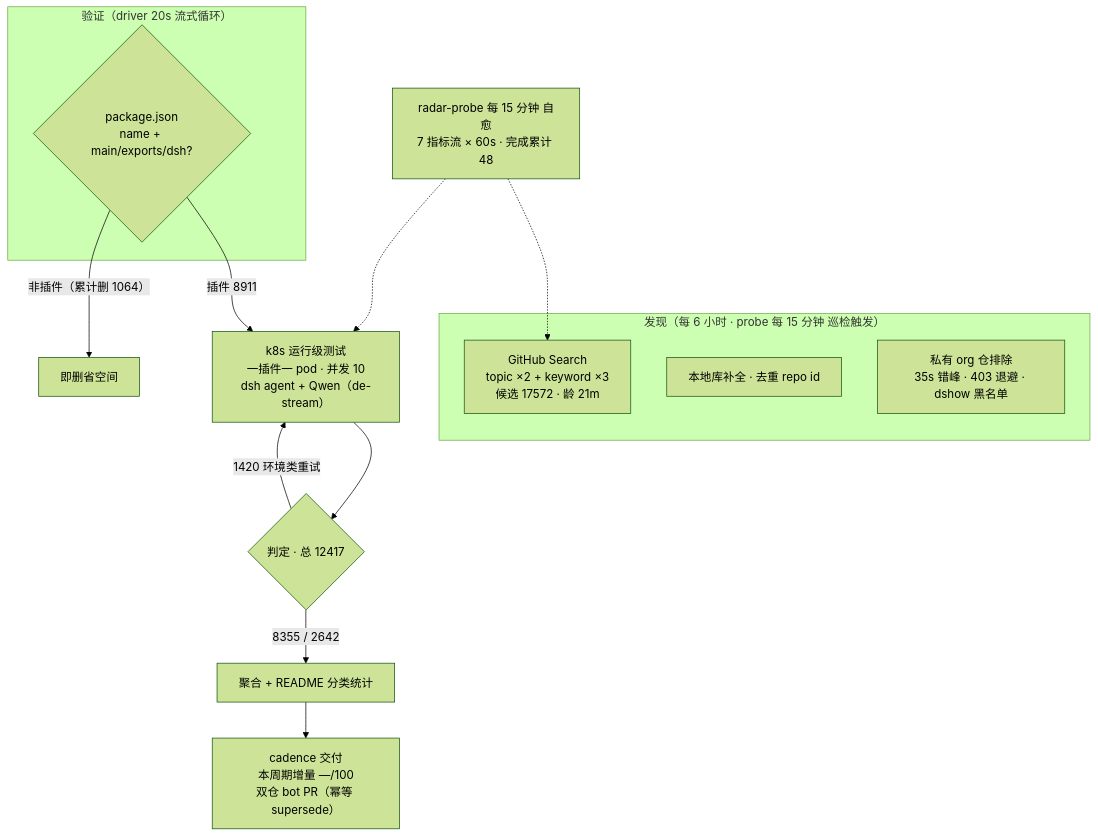
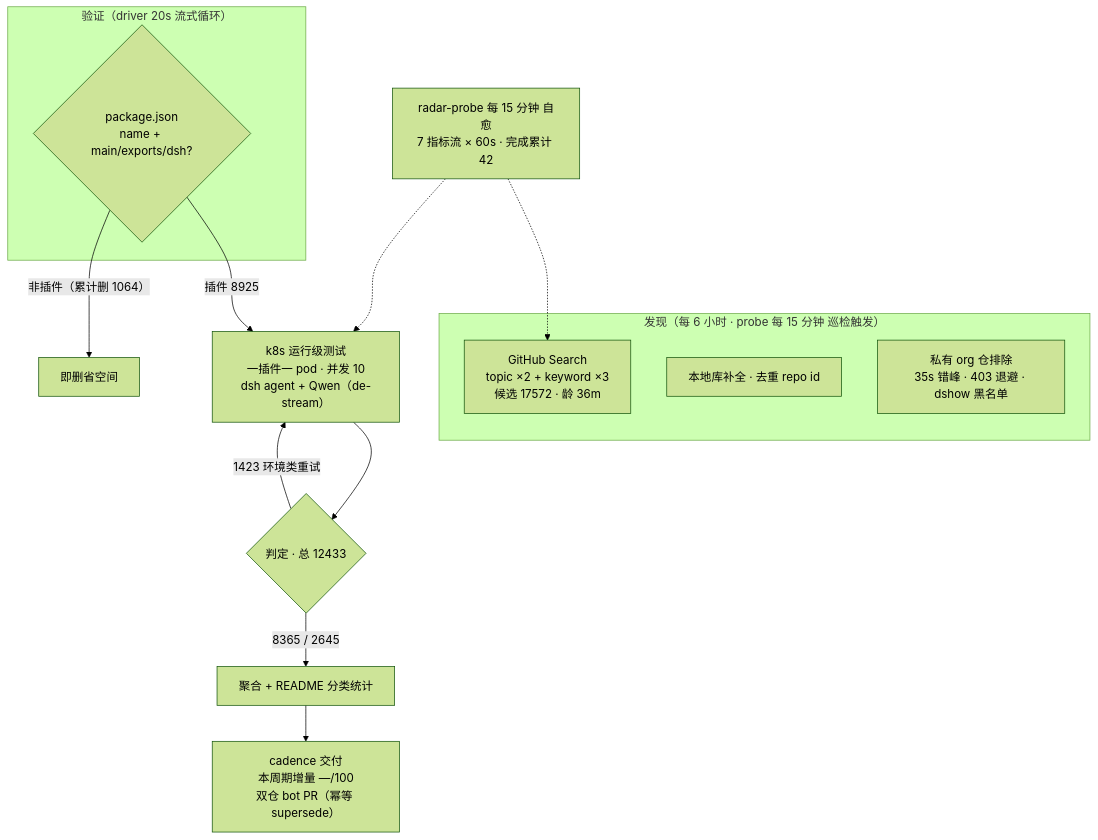
The diagram in README.md (Zhidao-Lab-OSS/awesome-dsh-plugins), drawn with Mermaid (forest theme) before and after one commit. The commit also changed other lines of this file and 1 other file, not shown here.

````diff
--- a/README.md
+++ b/README.md
@@ -52,20 +52,20 @@
 ```mermaid
 flowchart TB
     subgraph Discovery["发现（每 6 小时 · probe 每 15 分钟 巡检触发）"]
-        A1["GitHub Search<br/>topic ×2 + keyword ×3<br/>候选 17572 · 龄 21m"]
+        A1["GitHub Search<br/>topic ×2 + keyword ×3<br/>候选 17572 · 龄 36m"]
         A2["本地库补全 · 去重 repo id"]
         A3["私有 org 仓排除<br/>35s 错峰 · 403 退避 · dshow 黑名单"]
     end
     subgraph Validation["验证（driver 20s 流式循环）"]
         B1{"package.json<br/>name + main/exports/dsh?"}
     end
-    B1 -->|"插件 8911"| C1["k8s 运行级测试<br/>一插件一 pod · 并发 10<br/>dsh agent + Qwen（de-stream）"]
+    B1 -->|"插件 8925"| C1["k8s 运行级测试<br/>一插件一 pod · 并发 10<br/>dsh agent + Qwen（de-stream）"]
     B1 -->|"非插件（累计删 1064）"| B3["即删省空间"]
-    C1 --> D1{"判定 · 总 12417"}
-    D1 -->|"8355 / 2642"| E1["聚合 + README 分类统计"]
-    D1 -->|"1420 环境类重试"| C1
+    C1 --> D1{"判定 · 总 12433"}
+    D1 -->|"8365 / 2645"| E1["聚合 + README 分类统计"]
+    D1 -->|"1423 环境类重试"| C1
     E1 --> E2["cadence 交付<br/>本周期增量 —/100<br/>双仓 bot PR（幂等 supersede）"]
-    M["radar-probe 每 15 分钟 自愈<br/>7 指标流 × 60s · 完成累计 48"]
+    M["radar-probe 每 15 分钟 自愈<br/>7 指标流 × 60s · 完成累计 42"]
     M -.-> A1
     M -.-> C1
 ```
````
